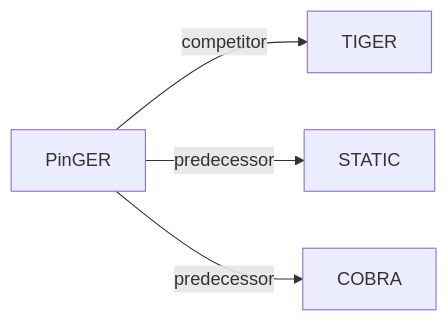
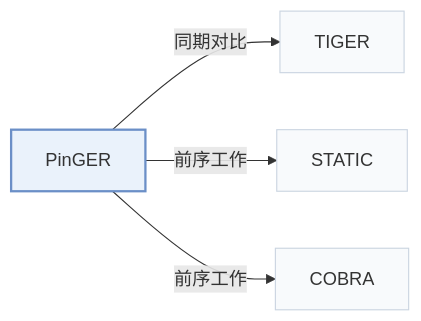
The second of 2 diagrams in pages/zh/papers/pinger.md (Galaxy-ghost/Awesome-SID-Generative-Rec), drawn with Mermaid before and after one commit. The commit also changed other lines of this file and 649 other files, not shown here.

Commit message:
writer-05: also tags and modality index (schema, check, build, visuals); summary field removed; calibration data for 12 papers

````diff
--- a/pages/zh/papers/pinger.md
+++ b/pages/zh/papers/pinger.md
@@ -68,7 +73,11 @@
 ```mermaid
 flowchart LR
     P["PinGER"]
-    P -->|competitor| A["TIGER"]
-    P -->|predecessor| B["STATIC"]
-    P -->|predecessor| C["COBRA"]
+    P -->|"同期对比"| A["TIGER"]
+    P -->|"前序工作"| B["STATIC"]
+    P -->|"前序工作"| C["COBRA"]
+    classDef main fill:#eaf2fb,stroke:#6b8fc7,stroke-width:2px
+    classDef peer fill:#f8fafc,stroke:#cbd5e1
+    class P main
+    class A,B,C peer
 ```
````
